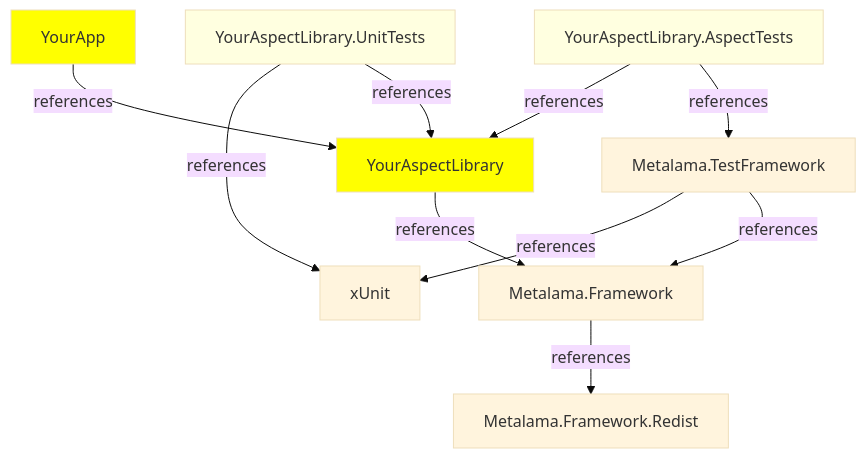
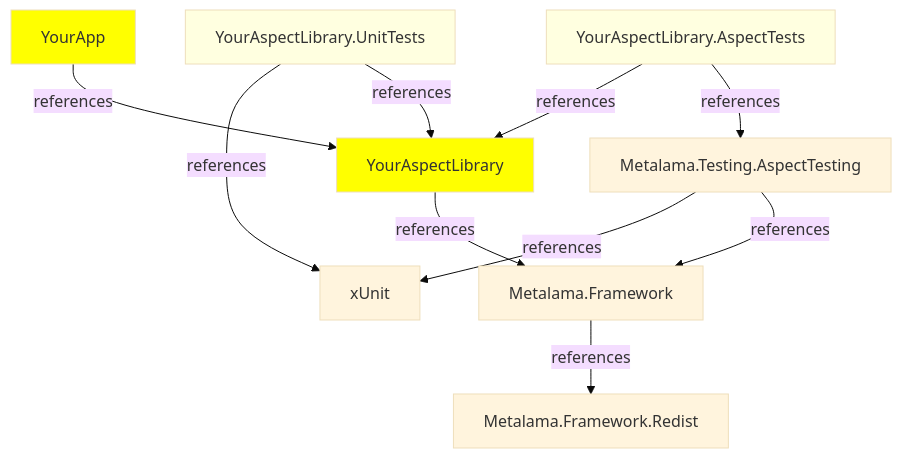
Before and after one commit to postsharp/Metalama.Documentation: the first of 2 diagrams in conceptual/Aspects/Testing/compile-time-testing.md, drawn with Mermaid (base theme). The commit also changed other lines of this file and 11 other files, not shown here.

````diff
--- a/conceptual/Aspects/Testing/compile-time-testing.md
+++ b/conceptual/Aspects/Testing/compile-time-testing.md
@@ -57,20 +57,20 @@
 ```mermaid
 graph TD
     YourApp -- references --> YourAspectLibrary
     YourAspectLibrary -- references --> Metalama.Framework
     YourAspectLibrary.UnitTests -- references --> xUnit
     YourAspectLibrary.UnitTests -- references --> YourAspectLibrary
     YourAspectLibrary.AspectTests -- references --> YourAspectLibrary
-    YourAspectLibrary.AspectTests -- references --> Metalama.TestFramework
+    YourAspectLibrary.AspectTests -- references --> Metalama.Testing.AspectTesting
     Metalama.Framework -- references --> Metalama.Framework.Redist
-    Metalama.TestFramework -- references --> xUnit
-    Metalama.TestFramework -- references --> Metalama.Framework
+    Metalama.Testing.AspectTesting -- references --> xUnit
+    Metalama.Testing.AspectTesting -- references --> Metalama.Framework
     
     classDef your fill:yellow;
     classDef yourTest fill:lightyellow;
     class YourApp your;
     class YourAspectLibrary your;
     class YourAspectLibrary.UnitTests yourTest;
     class YourAspectLibrary.AspectTests yourTest;
 
 ```
````
